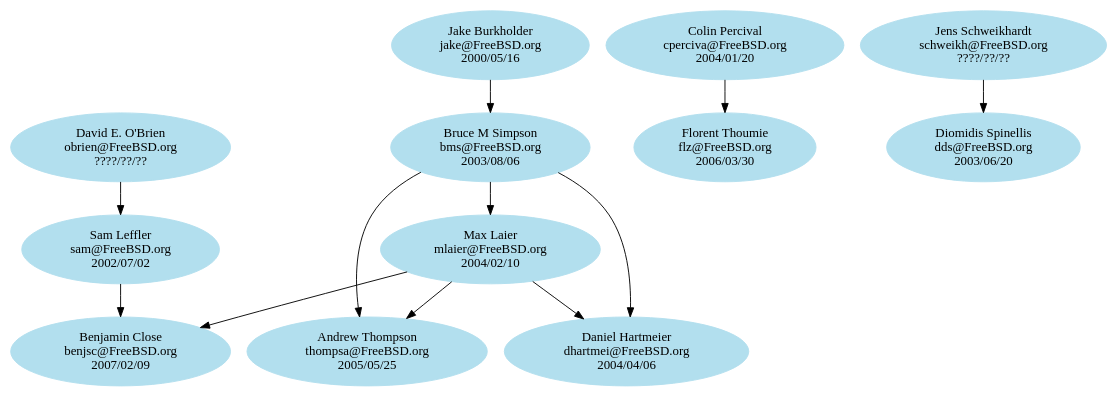
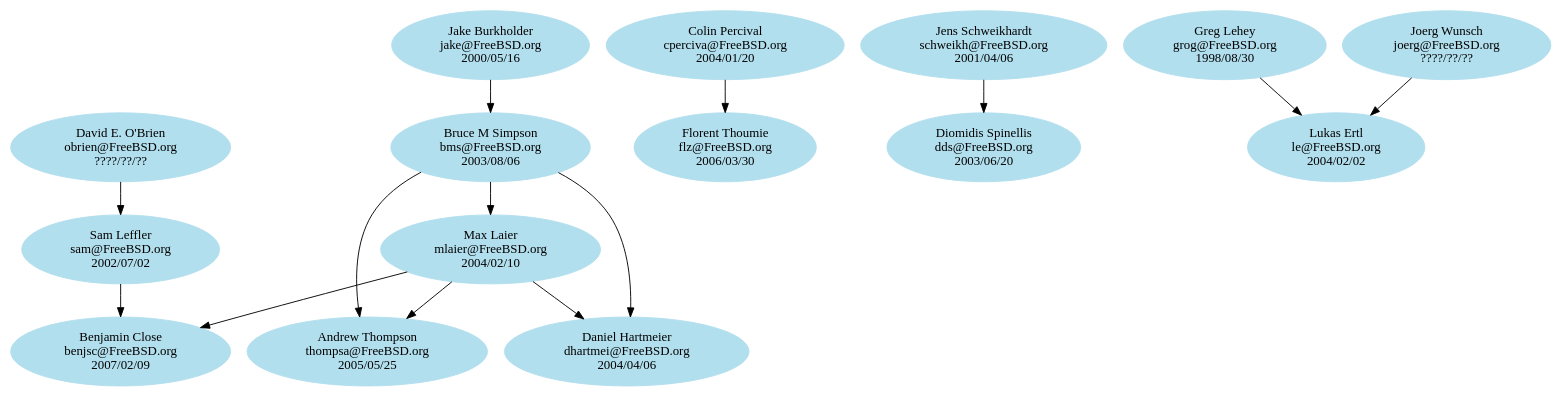
One commit to kelvinyu/unix-history-repo changed the diagram in share/misc/committers-src.dot. Above: the diagram before and after it, drawn with Graphviz.

Commit message:
Add my two mentors, grog@ and joerg@, and myself.
Correct date for schweikh@.

```diff
--- a/share/misc/committers-src.dot
+++ b/share/misc/committers-src.dot
@@ -1,62 +1,69 @@
 # $FreeBSD$
 
 digraph src {
 
 # Node definitions follow this example:
 #
 #   foo [label="Foo Bar\nfoo@FreeBSD.org\n????/??/??"]
 #
 # ????/??/?? is the date when the commit bit was obtained, usually the one you
 # can find looking at CVS logs for the access (or avail) file under CVSROOT.
 #
 # For returned commit bits, the node definition will follow this example:
 #
 #   foo [label="Foo Bar\nfoo@FreeBSD.org\n????/??/??\n????/??/??"]
 #
 # The first date is the same as for an active committer, the second date is
 # the date when the commit bit has been returned. Again, check CVS logs.
 
 node [color=grey62, style=filled, bgcolor=black];
 
 # Alumni go here.. Try to keep things sorted.
 
 node [color=lightblue2, style=filled, bgcolor=black];
 
 # Current src committers go here. Try to keep things sorted.
 
 benjsc [label="Benjamin Close\nbenjsc@FreeBSD.org\n2007/02/09"]
 bms [label="Bruce M Simpson\nbms@FreeBSD.org\n2003/08/06"]
 cperciva [label="Colin Percival\ncperciva@FreeBSD.org\n2004/01/20"]
 dds [label="Diomidis Spinellis\ndds@FreeBSD.org\n2003/06/20"]
 dhartmei [label="Daniel Hartmeier\ndhartmei@FreeBSD.org\n2004/04/06"]
 flz [label="Florent Thoumie\nflz@FreeBSD.org\n2006/03/30"]
+grog [label="Greg Lehey\ngrog@FreeBSD.org\n1998/08/30"]
 jake [label="Jake Burkholder\njake@FreeBSD.org\n2000/05/16"]
+joerg [label="Joerg Wunsch\njoerg@FreeBSD.org\n????/??/??"]
+le [label="Lukas Ertl\nle@FreeBSD.org\n2004/02/02"]
 mlaier [label="Max Laier\nmlaier@FreeBSD.org\n2004/02/10"]
 obrien [label="David E. O'Brien\nobrien@FreeBSD.org\n????/??/??"]
 sam [label="Sam Leffler\nsam@FreeBSD.org\n2002/07/02"]
-schweikh [label="Jens Schweikhardt\nschweikh@FreeBSD.org\n????/??/??"]
+schweikh [label="Jens Schweikhardt\nschweikh@FreeBSD.org\n2001/04/06"]
 thompsa [label="Andrew Thompson\nthompsa@FreeBSD.org\n2005/05/25"]
 
 # Here are the mentor/mentee relationships.
 # Group together all the mentees for a particular mentor.
 # Keep the list sorted by mentor login.
 
 cperciva -> flz
 
 bms -> mlaier
 bms -> dhartmei
 bms -> thompsa
 
 jake -> bms
 
+joerg -> le
+
+grog -> le
+
 mlaier -> benjsc
 mlaier -> dhartmei
 mlaier -> thompsa
 
 obrien -> sam
 
 sam -> benjsc
 
 schweikh -> dds
 
 }
```
